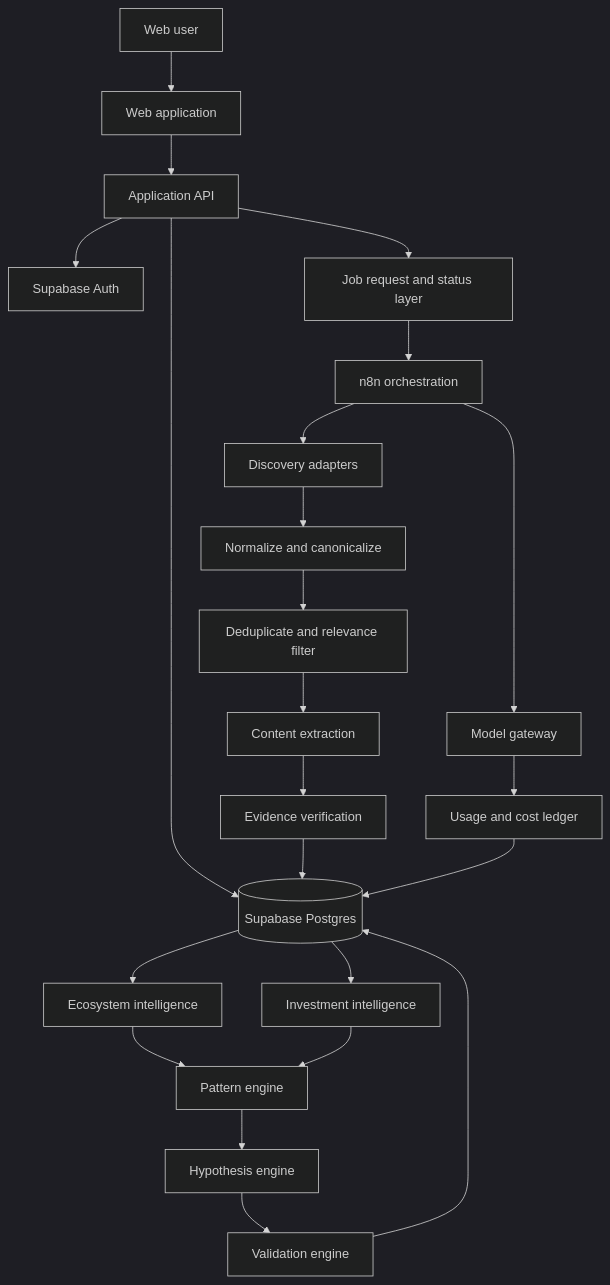
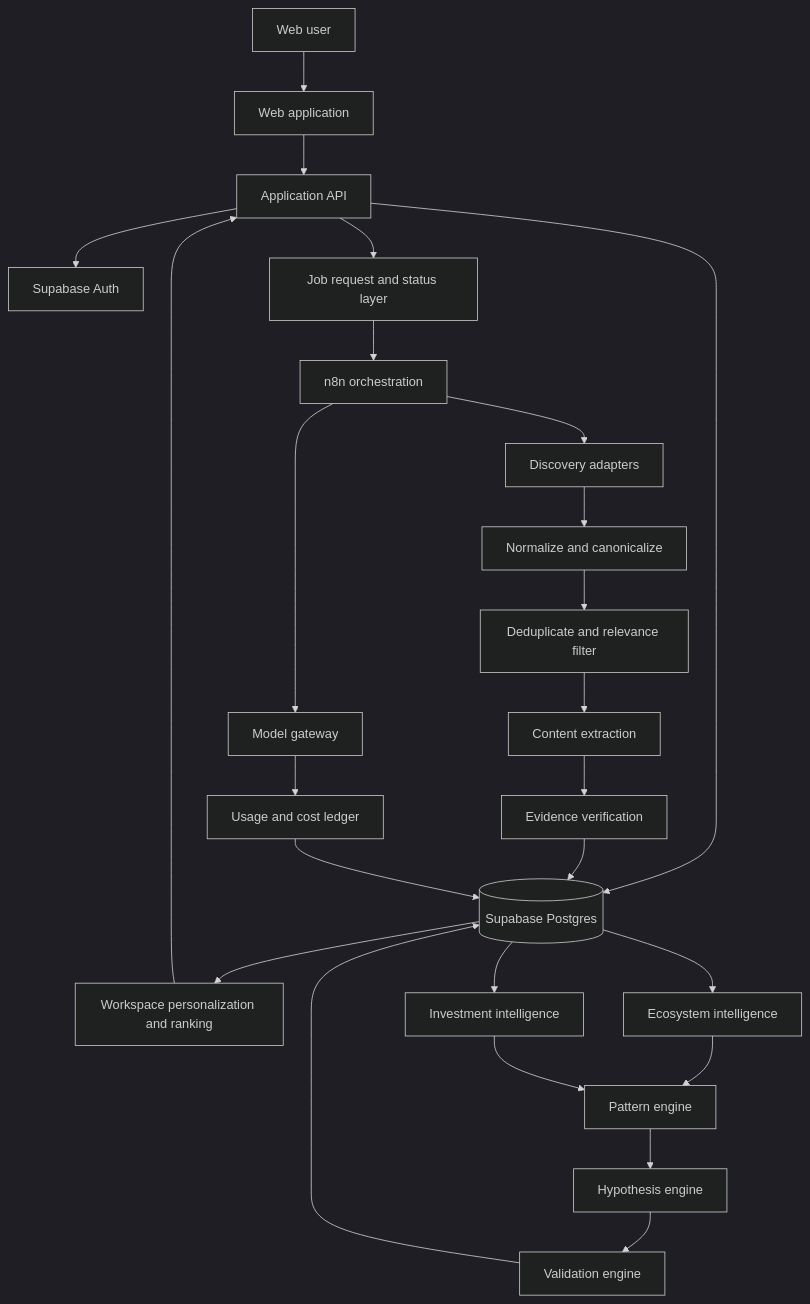
One commit to SudebBibaswan/AI-Intelligence changed the diagram in docs/architecture/system_architecture.md. Above: the diagram before and after it, drawn with Mermaid (dark theme). The commit also changed other lines of this file and 14 other files, not shown here.

Commit message:
feat: add complete research engine and shared personalization architecture

````diff
--- a/docs/architecture/system_architecture.md
+++ b/docs/architecture/system_architecture.md
@@ -16,28 +18,31 @@
 ```mermaid
 flowchart TD
     U[Web user] --> WEB[Web application]
     WEB --> API[Application API]
     API --> AUTH[Supabase Auth]
     API --> DB[(Supabase Postgres)]
     API --> JOBS[Job request and status layer]
     JOBS --> N8N[n8n orchestration]
 
     N8N --> DISC[Discovery adapters]
     DISC --> NORM[Normalize and canonicalize]
     NORM --> FILTER[Deduplicate and relevance filter]
     FILTER --> EXTRACT[Content extraction]
     EXTRACT --> VERIFY[Evidence verification]
     VERIFY --> DB
 
+    DB --> RANK[Workspace personalization and ranking]
+    RANK --> API
+
     DB --> ECO[Ecosystem intelligence]
     DB --> INV[Investment intelligence]
     ECO --> PAT[Pattern engine]
     INV --> PAT
     PAT --> HYP[Hypothesis engine]
     HYP --> VAL[Validation engine]
     VAL --> DB
 
     N8N --> MODELS[Model gateway]
     MODELS --> USAGE[Usage and cost ledger]
     USAGE --> DB
 ```
````
